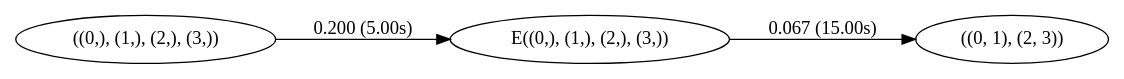
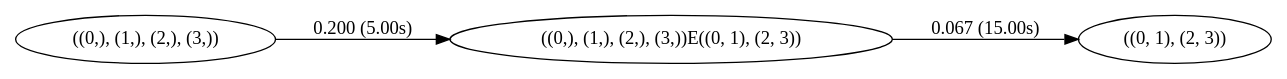
Before and after one commit to scj7t4/NetEmu: the diagram in result0.gv, drawn with Graphviz. The commit also changed 42 other files, not shown here.

```diff
--- a/result0.gv
+++ b/result0.gv
@@ -1,5 +1,5 @@
 digraph markov_chain { 
 rankdir=LR;
-"((0,), (1,), (2,), (3,))" -> "E((0,), (1,), (2,), (3,))" [ label = "0.200 (5.00s)" ]; 
-"E((0,), (1,), (2,), (3,))" -> "((0, 1), (2, 3))" [label = "0.067 (15.00s)" ]; 
+"((0,), (1,), (2,), (3,))" -> "((0,), (1,), (2,), (3,))E((0, 1), (2, 3))" [ label = "0.200 (5.00s)" ]; 
+"((0,), (1,), (2,), (3,))E((0, 1), (2, 3))" -> "((0, 1), (2, 3))" [label = "0.067 (15.00s)" ]; 
 }
```
